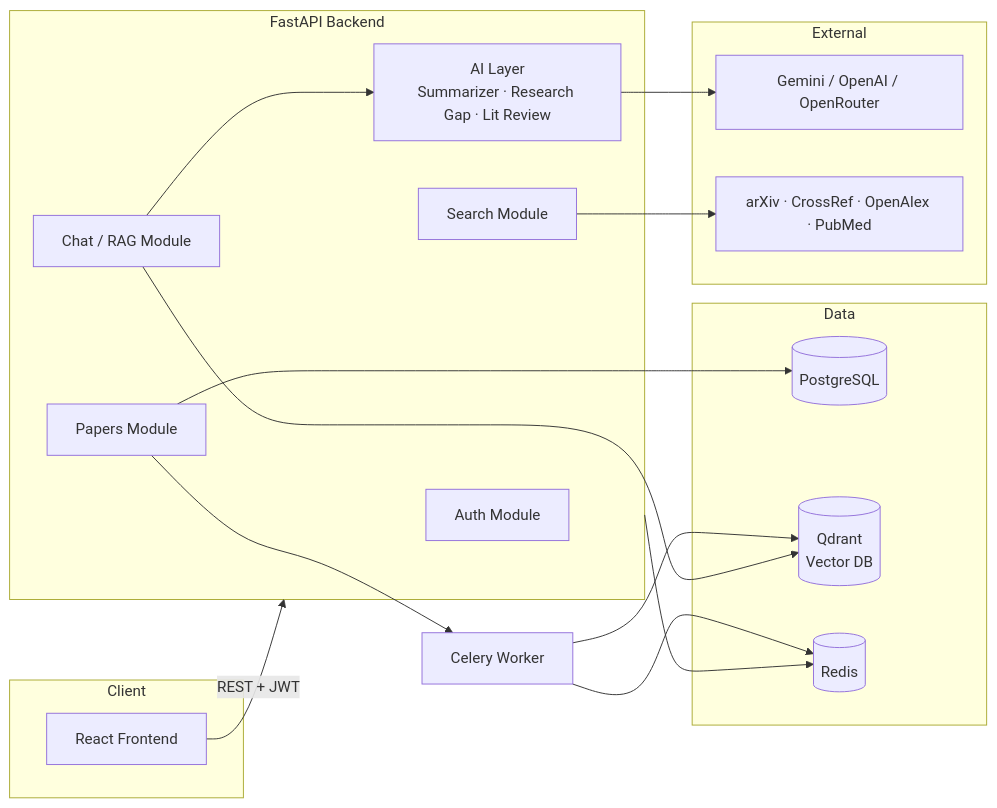
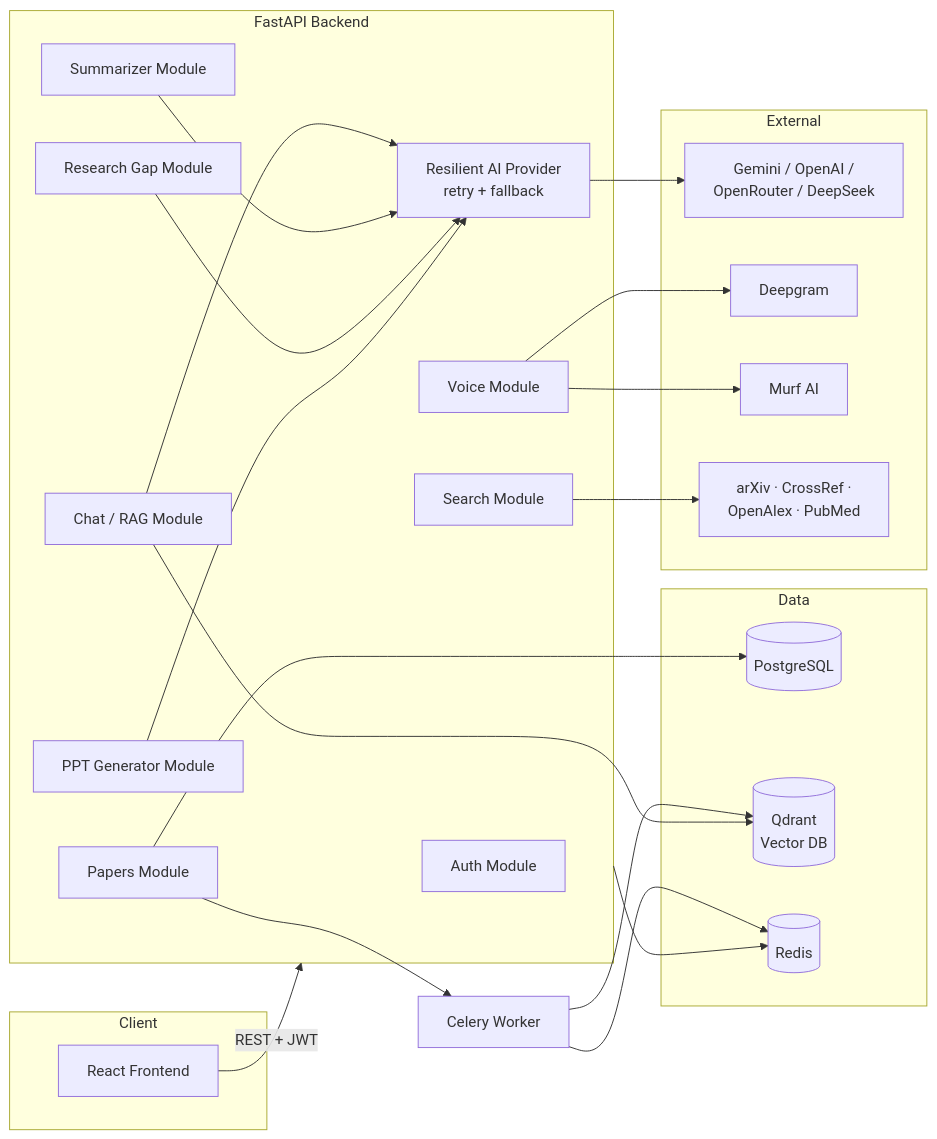
Before and after one commit to Fahad035/Resyntra-major-project: the diagram in README.md, drawn with Mermaid. The commit also changed other lines of this file and 2 other files, not shown here.

````diff
--- a/README.md
+++ b/README.md
@@ -82,36 +97,47 @@
 ```mermaid
 flowchart LR
     subgraph Client
         FE[React Frontend]
     end
 
     subgraph API["FastAPI Backend"]
         Auth[Auth Module]
         Papers[Papers Module]
         Chat[Chat / RAG Module]
+        Summ[Summarizer Module]
+        Gap[Research Gap Module]
+        PPT[PPT Generator Module]
+        Voice[Voice Module]
         Search[Search Module]
-        AI[AI Layer<br/>Summarizer · Research Gap · Lit Review]
+        Resilient[Resilient AI Provider<br/>retry + fallback]
     end
 
     subgraph Data
         PG[(PostgreSQL)]
         VDB[(Qdrant<br/>Vector DB)]
         Redis[(Redis)]
     end
 
     subgraph External
-        LLM[Gemini / OpenAI / OpenRouter]
-        Academic[arXiv · CrossRef · OpenAlex · PubMed]
+        LLM[Gemini / OpenAI /<br/>OpenRouter / DeepSeek]
+        STT[Deepgram]
+        TTS[Murf AI]
+        Academic[arXiv · CrossRef ·<br/>OpenAlex · PubMed]
     end
 
     FE -->|REST + JWT| API
     Papers --> PG
     Papers --> Celery[Celery Worker]
     Celery --> VDB
     Chat --> VDB
-    Chat --> AI
-    AI --> LLM
+    Chat --> Resilient
+    Summ --> Resilient
+    Gap --> Resilient
+    PPT --> Resilient
+    Resilient --> LLM
+    Voice --> STT
+    Voice --> TTS
     Search --> Academic
     Celery --> Redis
     API --> Redis
 ```
````
